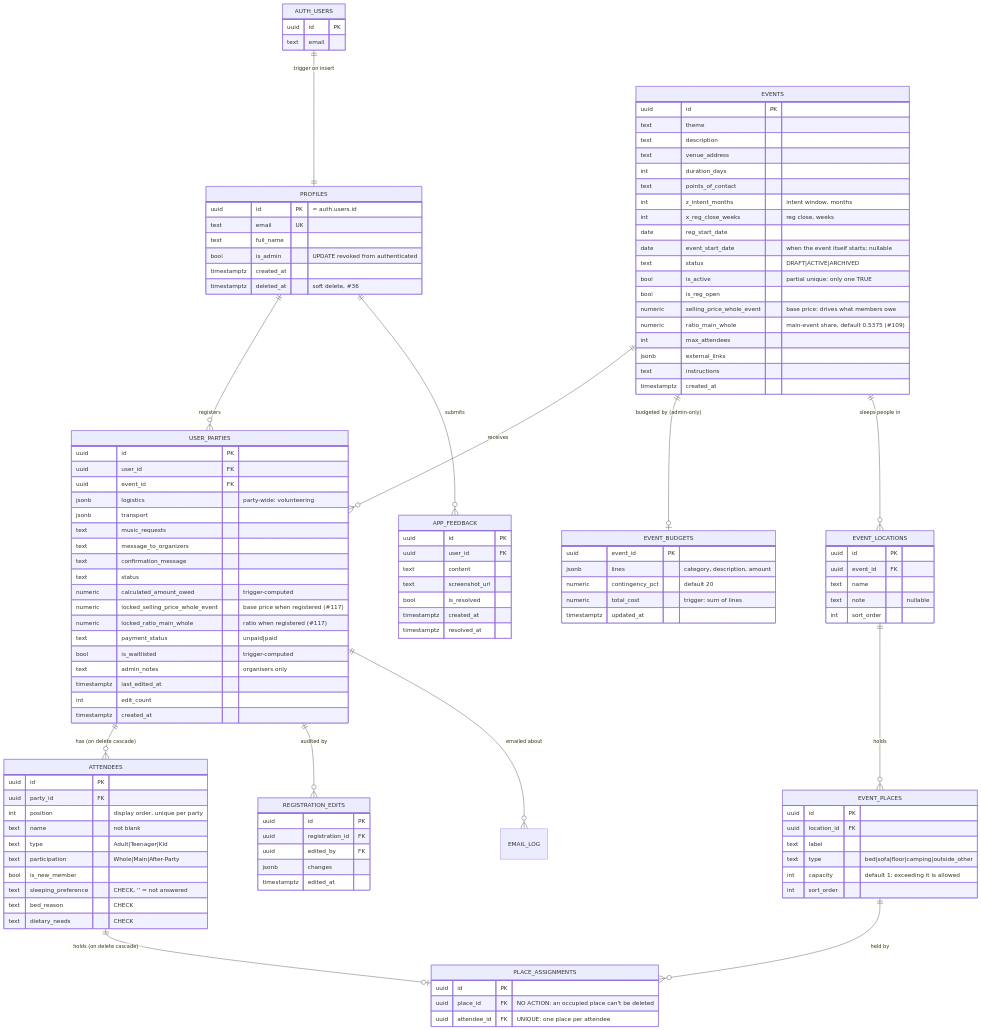
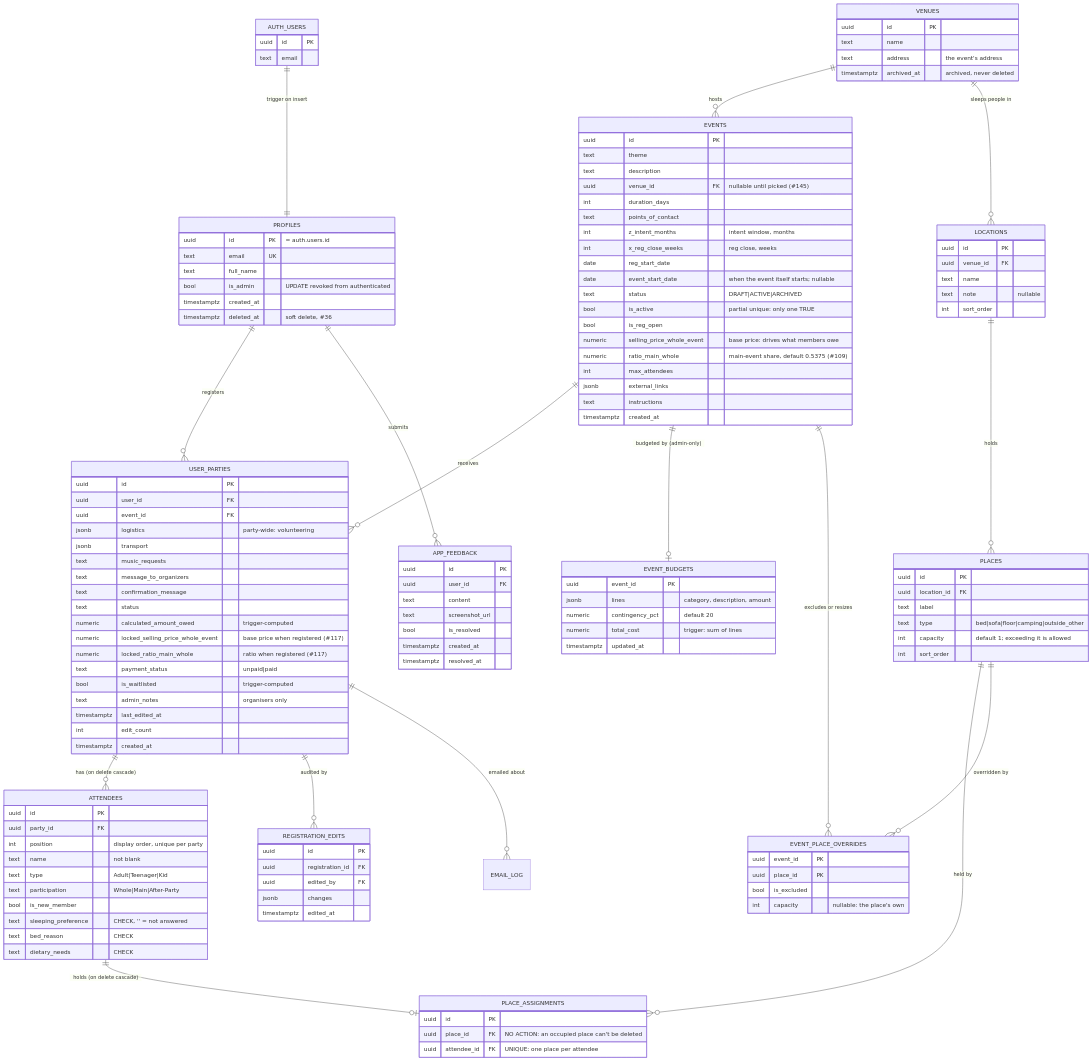
The first of 2 diagrams in docs/03-data-model.md (YULmix/yulmix-la-bedaine), drawn with Mermaid before and after one commit. The commit also changed other lines of this file and 25 other files, not shown here.

First line of the commit message:
feat(data): shared venues holding locations and places (#145) (#154)

```diff
--- a/docs/03-data-model.md
+++ b/docs/03-data-model.md
@@ -17,9 +17,12 @@
   PROFILES ||--o{ APP_FEEDBACK : "submits"
   USER_PARTIES ||--o{ REGISTRATION_EDITS : "audited by"
   USER_PARTIES ||--o{ EMAIL_LOG : "emailed about"
-  EVENTS ||--o{ EVENT_LOCATIONS : "sleeps people in"
-  EVENT_LOCATIONS ||--o{ EVENT_PLACES : "holds"
-  EVENT_PLACES ||--o{ PLACE_ASSIGNMENTS : "held by"
+  VENUES ||--o{ EVENTS : "hosts"
+  VENUES ||--o{ LOCATIONS : "sleeps people in"
+  LOCATIONS ||--o{ PLACES : "holds"
+  PLACES ||--o{ PLACE_ASSIGNMENTS : "held by"
+  EVENTS ||--o{ EVENT_PLACE_OVERRIDES : "excludes or resizes"
+  PLACES ||--o{ EVENT_PLACE_OVERRIDES : "overridden by"
   ATTENDEES ||--o| PLACE_ASSIGNMENTS : "holds (on delete cascade)"
 
   AUTH_USERS {
@@ -38,7 +41,7 @@
     uuid id PK
     text theme
     text description
-    text venue_address
+    uuid venue_id FK "nullable until picked (#145)"
     int duration_days
     text points_of_contact
     int z_intent_months "intent window, months"
@@ -94,14 +97,26 @@
     text bed_reason "CHECK"
     text dietary_needs "CHECK"
   }
-  EVENT_LOCATIONS {
+  VENUES {
     uuid id PK
-    uuid event_id FK
+    text name
+    text address "the event's address"
+    timestamptz archived_at "archived, never deleted"
+  }
+  LOCATIONS {
+    uuid id PK
+    uuid venue_id FK
     text name
     text note "nullable"
     int sort_order
   }
-  EVENT_PLACES {
+  EVENT_PLACE_OVERRIDES {
+    uuid event_id PK
+    uuid place_id PK
+    bool is_excluded
+    int capacity "nullable: the place's own"
+  }
+  PLACES {
     uuid id PK
     uuid location_id FK
     text label
```
